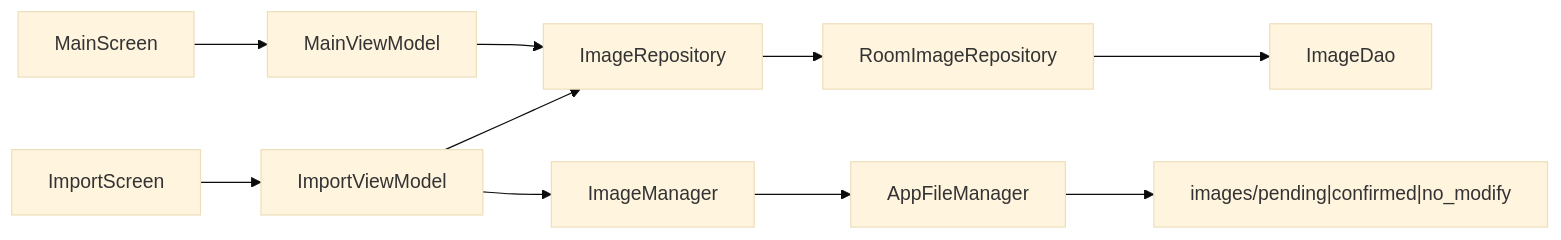
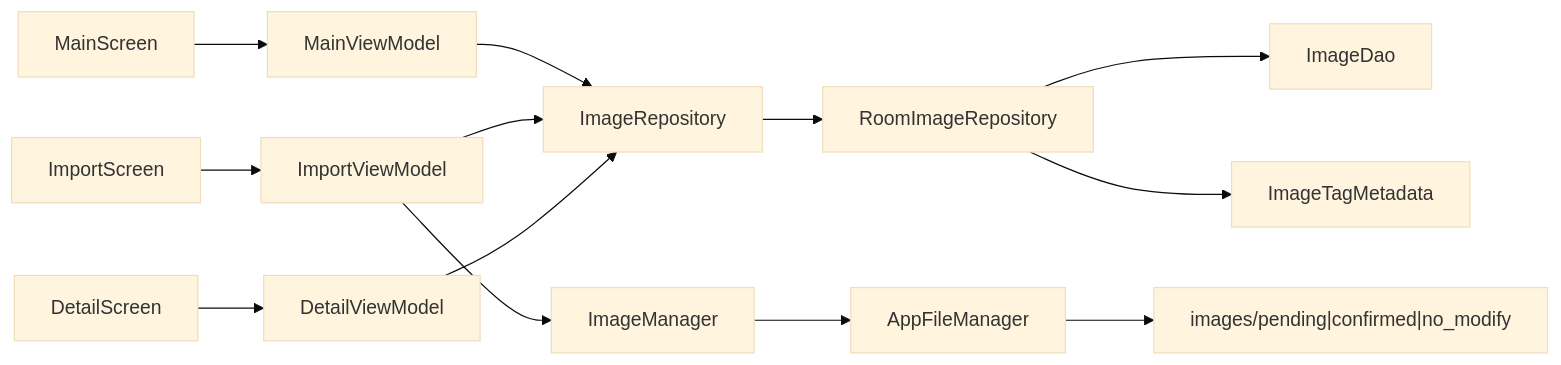
Before and after one commit to mengkj2021/picture-organizer: the diagram in docs/设计/架构设计.md, drawn with Mermaid (base theme). The commit also changed other lines of this file and 13 other files, not shown here.

Commit message:
文档同步（v0.9）：图片详细画面规格、开发日志 2026-08-29、docs/README.md 索引，路由/架构/说明书/改动清单 C1 C2/主画面/导入画面/画面模板更新，README 与提交注意事项微调

````diff
--- a/docs/设计/架构设计.md
+++ b/docs/设计/架构设计.md
@@ -47,12 +49,15 @@
 ```mermaid
 flowchart LR
   MainScreen --> MainViewModel
   MainViewModel --> ImageRepository
   ImportScreen --> ImportViewModel
   ImportViewModel --> ImageRepository
   ImportViewModel --> ImageManager
+  DetailScreen --> DetailViewModel
+  DetailViewModel --> ImageRepository
   ImageRepository --> RoomImageRepository
   RoomImageRepository --> ImageDao
+  RoomImageRepository --> ImageTagMetadata
   ImageManager --> AppFileManager
   AppFileManager --> PrivateDir["images/pending|confirmed|no_modify"]
 ```
````
